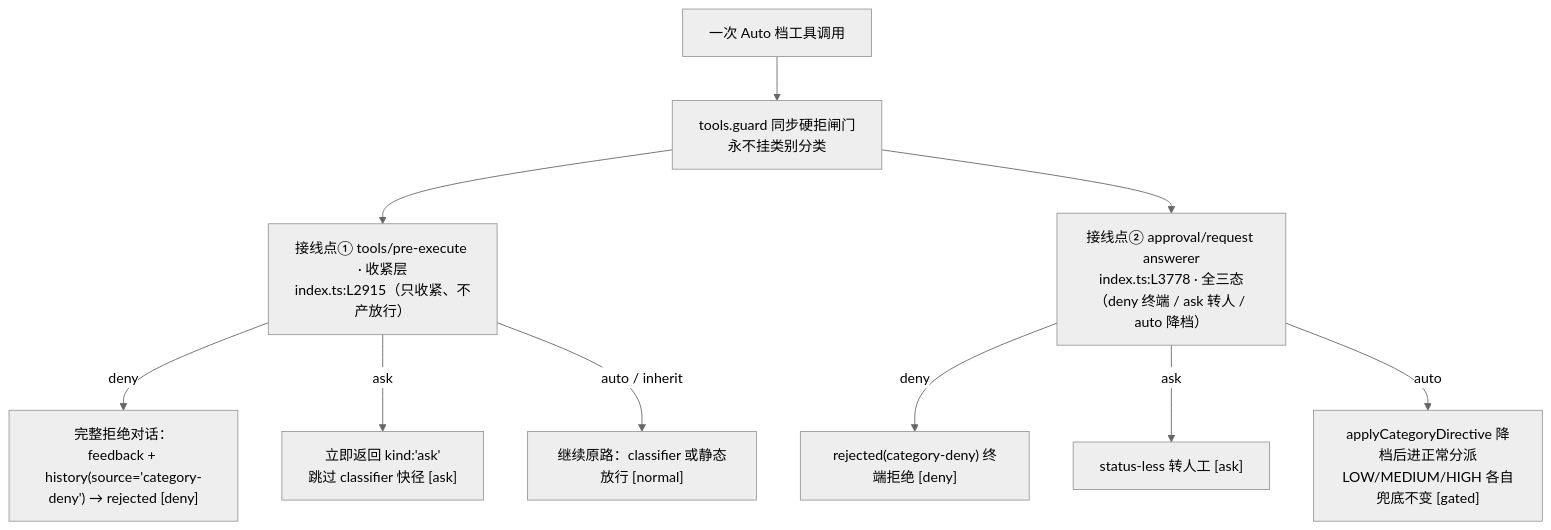
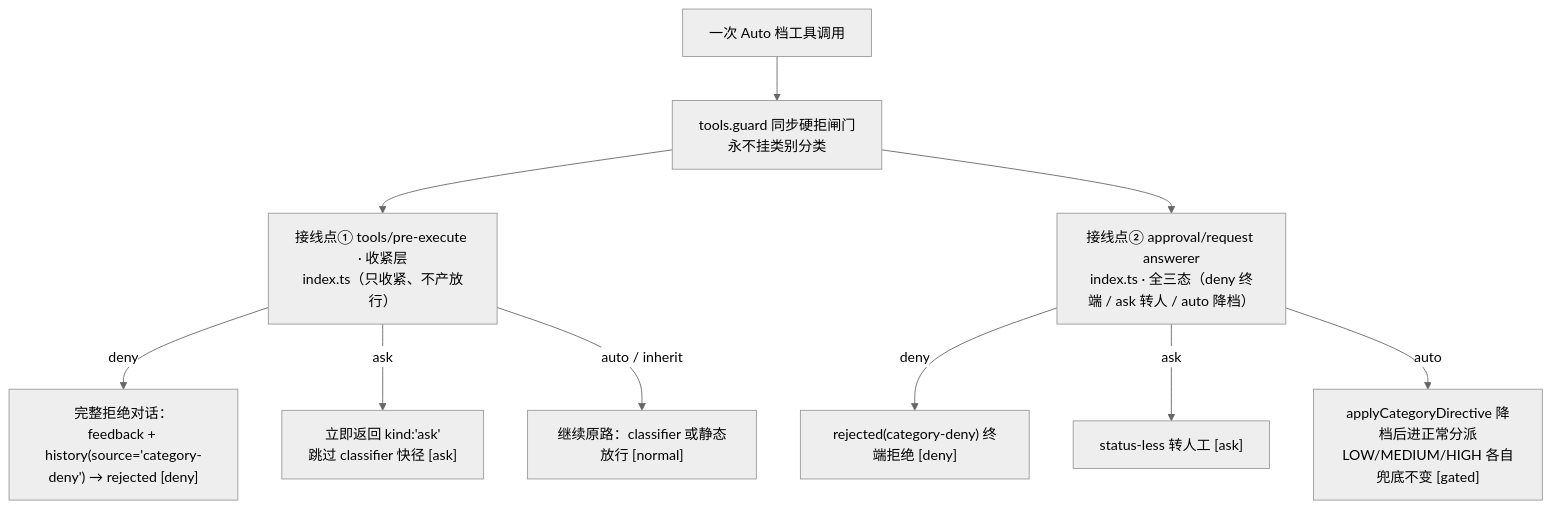
One commit to cuddly-guacamole/dsh-auto-approval-llm changed the diagram in docs/17-category-switches.md. Above: the diagram before and after it, drawn with Mermaid (neutral theme). The commit also changed other lines of this file and 12 other files, not shown here.

````diff
--- a/docs/17-category-switches.md
+++ b/docs/17-category-switches.md
@@ -34,12 +34,12 @@
 ```mermaid
 flowchart TD
     T["一次 Auto 档工具调用"] --> G["tools.guard 同步硬拒闸门<br/>永不挂类别分类"]
-    G --> P["接线点① tools/pre-execute · 收紧层<br/>index.ts:L2915（只收紧、不产放行）"]
+    G --> P["接线点① tools/pre-execute · 收紧层<br/>index.ts（只收紧、不产放行）"]
     P -->|"deny"| PD["完整拒绝对话：<br/>feedback + history(source='category-deny') → rejected [deny]"]
     P -->|"ask"| PA["立即返回 kind:'ask'<br/>跳过 classifier 快径 [ask]"]
     P -->|"auto / inherit"| N["继续原路：classifier 或静态放行 [normal]"]
-    G --> A["接线点② approval/request answerer<br/>index.ts:L3778 · 全三态（deny 终端 / ask 转人 / auto 降档）"]
+    G --> A["接线点② approval/request answerer<br/>index.ts · 全三态（deny 终端 / ask 转人 / auto 降档）"]
     A -->|"deny"| AD["rejected(category-deny) 终端拒绝 [deny]"]
     A -->|"ask"| AA["status-less 转人工 [ask]"]
     A -->|"auto"| AL["applyCategoryDirective 降档后进正常分派<br/>LOW/MEDIUM/HIGH 各自兜底不变 [gated]"]
 ```
````
